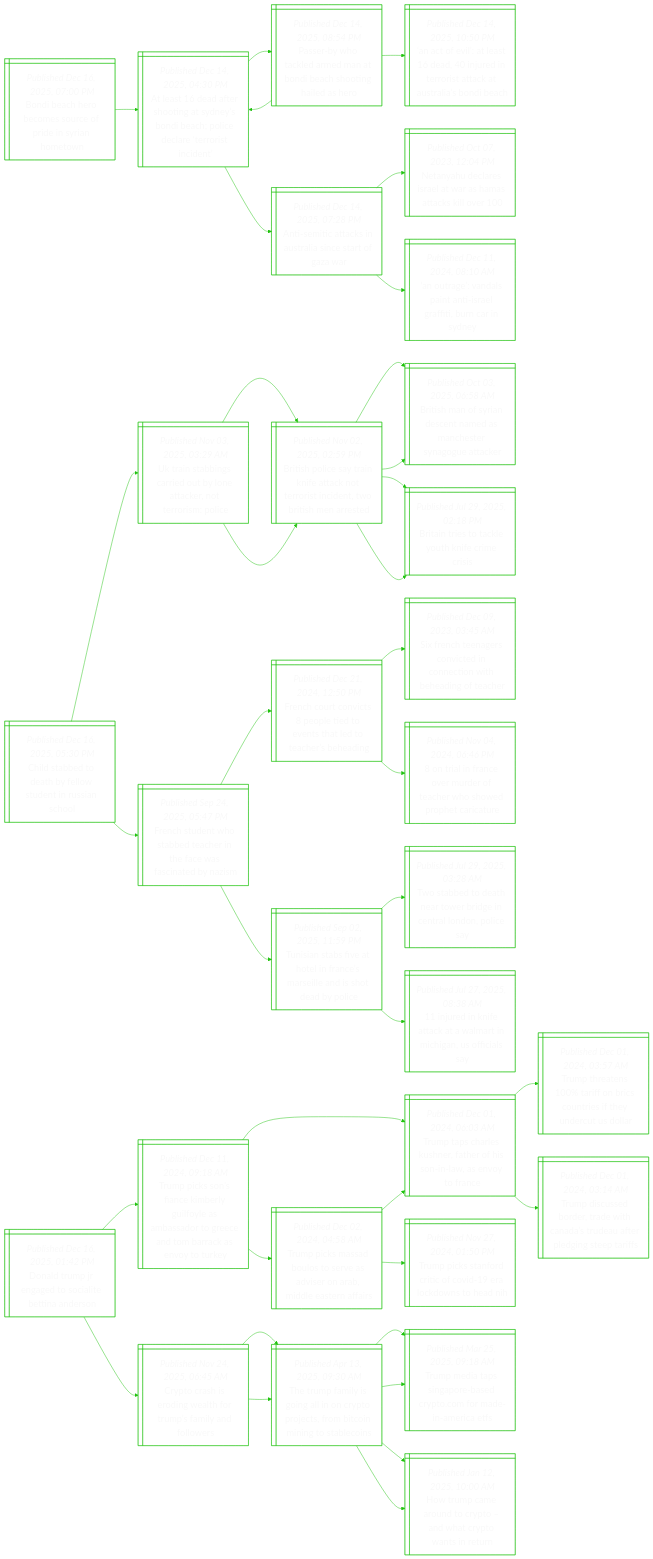
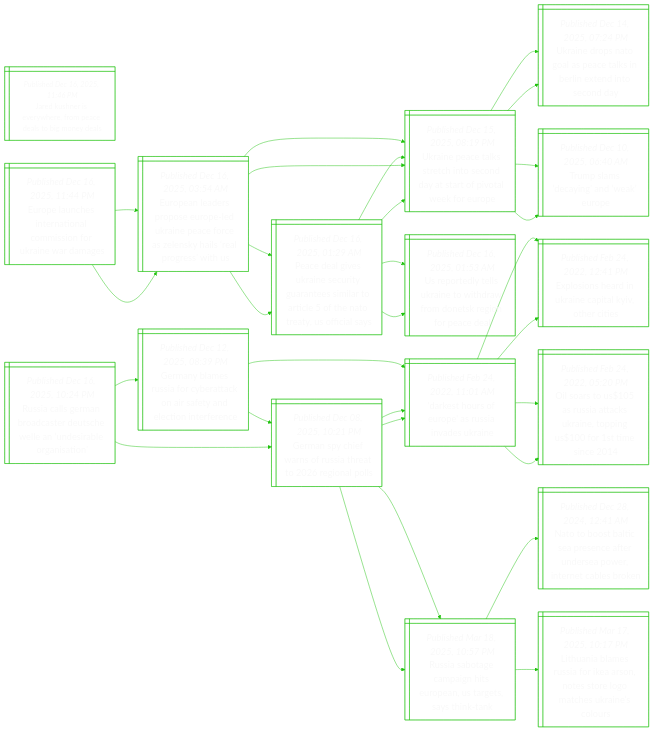
Before and after one commit to notJmes/notJmes: the diagram in README.md, drawn with Mermaid. The commit also changed other lines of this file, not shown here.

````diff
--- a/README.md
+++ b/README.md
@@ -16,121 +16,100 @@
 flowchart LR
 classDef txtsize font-size:20px;
 
-BBhescrnae@{ shape: win-pane, label: "_Published Dec 16, 2025, 07:00 PM_
-Bondi beach hero becomes source of pride in syrian hometown" }
-Asdrttenaleeoie@{ shape: win-pane, label: "_Published Dec 14, 2025, 04:30 PM_
-At least 16 dead after shooting at sydney’s bondi beach; police declare ‘terrorist incident’" }
-Prolmnnaogee@{ shape: win-pane, label: "_Published Dec 14, 2025, 08:54 PM_
-Passer-by who tackled armed man at bondi beach shooting hailed as hero" }
-Asdrttenaleeoie@{ shape: win-pane, label: "_Published Dec 14, 2025, 04:30 PM_
-At least 16 dead after shooting at sydney’s bondi beach; police declare ‘terrorist incident’" }
-Aolaaunoaksina@{ shape: win-pane, label: "_Published Dec 14, 2025, 10:50 PM_
-‘an act of evil’: at least 16 dead, 40 injured in terrorist attack at australia’s bondi beach" }
-AeccAaitfw@{ shape: win-pane, label: "_Published Dec 14, 2025, 07:28 PM_
-Anti-semitic attacks in australia since start of gaza war" }
-NyeeawHakl@{ shape: win-pane, label: "_Published Oct 07, 2023, 12:04 PM_
-Netanyahu declares israel at war as hamas attacks kill over 100" }
-ArastIlfurd@{ shape: win-pane, label: "_Published Dec 11, 2024, 08:10 AM_
-‘an outrage’: vandals paint anti-israel graffiti, burn car in sydney" }
+JKevhraabna@{ shape: win-pane, label: "_Published Dec 16, 2025, 11:46 PM_
+Jared kushner is everywhere, from peace deals to big money deals" }
 
-BBhescrnae:::txtsize --> Asdrttenaleeoie:::txtsize
-Asdrttenaleeoie:::txtsize --> Prolmnnaogee:::txtsize
-Prolmnnaogee:::txtsize --> Asdrttenaleeoie:::txtsize
-Prolmnnaogee:::txtsize --> Aolaaunoaksina:::txtsize
-Asdrttenaleeoie:::txtsize --> AeccAaitfw:::txtsize
-AeccAaitfw:::txtsize --> NyeeawHakl:::txtsize
-AeccAaitfw:::txtsize --> ArastIlfurd:::txtsize
 
-Cseeyodnih@{ shape: win-pane, label: "_Published Dec 16, 2025, 05:30 PM_
-Child stabbed to death by fellow student in russian school" }
-Uibsitnanrsi@{ shape: win-pane, label: "_Published Nov 03, 2025, 03:29 AM_
-Uk train stabbings carried out by lone attacker, not terrorism: police" }
-BsiynectrnnBsat@{ shape: win-pane, label: "_Published Nov 02, 2025, 02:59 PM_
-British police say train knife attack not terrorist incident, two british men arrested" }
-Bsoisnaceaec@{ shape: win-pane, label: "_Published Oct 03, 2025, 06:58 AM_
-British man of syrian descent named as manchester synagogue attacker" }
-Bieaykccs@{ shape: win-pane, label: "_Published Jul 29, 2025, 02:18 PM_
-Britain tries to tackle youth knife crime crisis" }
-BsiynectrnnBsat@{ shape: win-pane, label: "_Published Nov 02, 2025, 02:59 PM_
-British police say train knife attack not terrorist incident, two british men arrested" }
-Bsoisnaceaec@{ shape: win-pane, label: "_Published Oct 03, 2025, 06:58 AM_
-British man of syrian descent named as manchester synagogue attacker" }
-Bieaykccs@{ shape: win-pane, label: "_Published Jul 29, 2025, 02:18 PM_
-Britain tries to tackle youth knife crime crisis" }
-Fheobaifacea@{ shape: win-pane, label: "_Published Sep 24, 2025, 05:47 PM_
-French student who stabbed teacher in the face was fascinated by nazism" }
-Fhtietottohei@{ shape: win-pane, label: "_Published Dec 21, 2024, 12:50 PM_
-French court convicts 8 people tied to events that led to teacher’s beheading" }
-Seeeneotihner@{ shape: win-pane, label: "_Published Dec 09, 2023, 03:45 AM_
-Six french teenagers convicted in connection with beheading of teacher" }
-oarouochwoca@{ shape: win-pane, label: "_Published Nov 04, 2024, 06:46 PM_
-8 on trial in france over murder of teacher who showed prophet caricature" }
-Tiavoncrlitbi@{ shape: win-pane, label: "_Published Sep 02, 2025, 11:59 PM_
-Tunisian stabs five at hotel in france’s marseille and is shot dead by police" }
-Tattrrgeloiy@{ shape: win-pane, label: "_Published Jul 29, 2025, 03:28 AM_
-Two stabbed to death near tower bridge in central london, police say" }
-ientalihUis@{ shape: win-pane, label: "_Published Jul 27, 2025, 08:38 AM_
-11 injured in knife attack at a walmart in michigan, us officials say" }
+EecnaamoUnde@{ shape: win-pane, label: "_Published Dec 16, 2025, 11:44 PM_
+Europe launches international commission for ukraine war damages" }
+EeapsodiarZsiagwS@{ shape: win-pane, label: "_Published Dec 16, 2025, 03:54 AM_
+European leaders propose europe-led ukraine peace force as zelensky hails ‘real progress’ with us" }
+UnckencatfteEe@{ shape: win-pane, label: "_Published Dec 15, 2025, 08:19 PM_
+Ukraine peace talks stretch into second day at start of pivotal week for europe" }
+UnpOackeedsd@{ shape: win-pane, label: "_Published Dec 14, 2025, 07:24 PM_
+Ukraine drops nato goal as peace talks in berlin extend into second day" }
+TsdidEe@{ shape: win-pane, label: "_Published Dec 10, 2025, 06:40 AM_
+Trump slams ‘decaying’ and ‘weak’ europe" }
+PdikerutirtoNrUis@{ shape: win-pane, label: "_Published Dec 16, 2025, 01:29 AM_
+Peace deal gives ukraine security guarantees similar to article 5 of the nato treaty, us official says" }
+UnckencatfteEe@{ shape: win-pane, label: "_Published Dec 15, 2025, 08:19 PM_
+Ukraine peace talks stretch into second day at start of pivotal week for europe" }
+Uollaodrnrnee@{ shape: win-pane, label: "_Published Dec 16, 2025, 01:53 AM_
+Us reportedly tells ukraine to withdraw from donetsk region for peace deal" }
+EeapsodiarZsiagwS@{ shape: win-pane, label: "_Published Dec 16, 2025, 03:54 AM_
+European leaders propose europe-led ukraine peace force as zelensky hails ‘real progress’ with us" }
+UnckencatfteEe@{ shape: win-pane, label: "_Published Dec 15, 2025, 08:19 PM_
+Ukraine peace talks stretch into second day at start of pivotal week for europe" }
+UnpOackeedsd@{ shape: win-pane, label: "_Published Dec 14, 2025, 07:24 PM_
+Ukraine drops nato goal as peace talks in berlin extend into second day" }
+TsdidEe@{ shape: win-pane, label: "_Published Dec 10, 2025, 06:40 AM_
+Trump slams ‘decaying’ and ‘weak’ europe" }
+PdikerutirtoNrUis@{ shape: win-pane, label: "_Published Dec 16, 2025, 01:29 AM_
+Peace deal gives ukraine security guarantees similar to article 5 of the nato treaty, us official says" }
+UnckencatfteEe@{ shape: win-pane, label: "_Published Dec 15, 2025, 08:19 PM_
+Ukraine peace talks stretch into second day at start of pivotal week for europe" }
+Uollaodrnrnee@{ shape: win-pane, label: "_Published Dec 16, 2025, 01:53 AM_
+Us reportedly tells ukraine to withdraw from donetsk region for peace deal" }
 
-Cseeyodnih:::txtsize --> Uibsitnanrsi:::txtsize
-Uibsitnanrsi:::txtsize --> BsiynectrnnBsat:::txtsize
-BsiynectrnnBsat:::txtsize --> Bsoisnaceaec:::txtsize
-BsiynectrnnBsat:::txtsize --> Bieaykccs:::txtsize
-Uibsitnanrsi:::txtsize --> BsiynectrnnBsat:::txtsize
-BsiynectrnnBsat:::txtsize --> Bsoisnaceaec:::txtsize
-BsiynectrnnBsat:::txtsize --> Bieaykccs:::txtsize
-Cseeyodnih:::txtsize --> Fheobaifacea:::txtsize
-Fheobaifacea:::txtsize --> Fhtietottohei:::txtsize
-Fhtietottohei:::txtsize --> Seeeneotihner:::txtsize
-Fhtietottohei:::txtsize --> oarouochwoca:::txtsize
-Fheobaifacea:::txtsize --> Tiavoncrlitbi:::txtsize
-Tiavoncrlitbi:::txtsize --> Tattrrgeloiy:::txtsize
-Tiavoncrlitbi:::txtsize --> ientalihUis:::txtsize
+EecnaamoUnde:::txtsize --> EeapsodiarZsiagwS:::txtsize
+EeapsodiarZsiagwS:::txtsize --> UnckencatfteEe:::txtsize
+UnckencatfteEe:::txtsize --> UnpOackeedsd:::txtsize
+UnckencatfteEe:::txtsize --> TsdidEe:::txtsize
+EeapsodiarZsiagwS:::txtsize --> PdikerutirtoNrUis:::txtsize
+PdikerutirtoNrUis:::txtsize --> UnckencatfteEe:::txtsize
+PdikerutirtoNrUis:::txtsize --> Uollaodrnrnee:::txtsize
+EecnaamoUnde:::txtsize --> EeapsodiarZsiagwS:::txtsize
+EeapsodiarZsiagwS:::txtsize --> UnckencatfteEe:::txtsize
+UnckencatfteEe:::txtsize --> UnpOackeedsd:::txtsize
+UnckencatfteEe:::txtsize --> TsdidEe:::txtsize
+EeapsodiarZsiagwS:::txtsize --> PdikerutirtoNrUis:::txtsize
+PdikerutirtoNrUis:::txtsize --> UnckencatfteEe:::txtsize
+PdikerutirtoNrUis:::txtsize --> Uollaodrnrnee:::txtsize
 
-Ddpgtieidn@{ shape: win-pane, label: "_Published Dec 16, 2025, 01:42 PM_
-Donald trump jr engaged to socialite bettina anderson" }
-TpsiKrilmaocTraou@{ shape: win-pane, label: "_Published Dec 11, 2024, 09:18 AM_
-Trump picks son’s fiance kimberly guilfoyle as ambassador to greece and tom barrack as envoy to turkey" }
-Tthsntfoanoc@{ shape: win-pane, label: "_Published Dec 01, 2024, 06:03 AM_
-Trump taps charles kushner, father of his son-in-law, as envoy to france" }
-TttaocnseeUl@{ shape: win-pane, label: "_Published Dec 01, 2024, 03:57 AM_
-Trump threatens 100% tariff on brics countries if they undercut us dollar" }
-Tdsotwasetegpf@{ shape: win-pane, label: "_Published Dec 01, 2024, 03:14 AM_
-Trump discussed border, trade with canada’s trudeau after pledging steep tariffs" }
-TpMdoessAiEra@{ shape: win-pane, label: "_Published Dec 02, 2024, 04:58 AM_
-Trump picks massad boulos to serve as adviser on arab, middle eastern affairs" }
-Tthsntfoanoc@{ shape: win-pane, label: "_Published Dec 01, 2024, 06:03 AM_
-Trump taps charles kushner, father of his son-in-law, as envoy to france" }
-TpSoifdowhI@{ shape: win-pane, label: "_Published Nov 27, 2024, 01:50 PM_
-Trump picks stanford critic of covid-19 era lockdowns to head nih" }
-Cohowhrfyoe@{ shape: win-pane, label: "_Published Nov 24, 2025, 06:45 AM_
-Crypto crash is eroding wealth for trump’s family and followers" }
-Tumsgnyrtmonoln@{ shape: win-pane, label: "_Published Apr 13, 2025, 09:30 AM_
-The trump family is going all in on crypto projects, from bitcoin mining to stablecoins" }
-TMtiosyoMniF@{ shape: win-pane, label: "_Published Mar 25, 2025, 09:18 AM_
-Trump media taps singapore-based crypto.com for made-in-america etfs" }
-Humucohyanr@{ shape: win-pane, label: "_Published Jan 12, 2025, 10:00 AM_
-How trump came around to crypto – and what crypto wants in return" }
-Tumsgnyrtmonoln@{ shape: win-pane, label: "_Published Apr 13, 2025, 09:30 AM_
-The trump family is going all in on crypto projects, from bitcoin mining to stablecoins" }
-TMtiosyoMniF@{ shape: win-pane, label: "_Published Mar 25, 2025, 09:18 AM_
-Trump media taps singapore-based crypto.com for made-in-america etfs" }
-Humucohyanr@{ shape: win-pane, label: "_Published Jan 12, 2025, 10:00 AM_
-How trump came around to crypto – and what crypto wants in return" }
+Rasaatueedarsn@{ shape: win-pane, label: "_Published Dec 16, 2025, 10:24 PM_
+Russia calls german broadcaster deutsche welle an ‘undesirable organisation’" }
+Gnmsoeaafncifc@{ shape: win-pane, label: "_Published Dec 12, 2025, 08:39 PM_
+Germany blames russia for cyberattack on air safety and election interference" }
+DsruasvUn@{ shape: win-pane, label: "_Published Feb 24, 2022, 11:01 AM_
+'darkest hours of europe' as russia invades ukraine" }
+Eshiaalocs@{ shape: win-pane, label: "_Published Feb 24, 2022, 12:41 PM_
+Explosions heard in ukraine capital kyiv, other cities" }
+OaUuakaogrmc@{ shape: win-pane, label: "_Published Feb 24, 2022, 05:20 PM_
+Oil soars to us$105 as russia attacks ukraine, topping us$100 for 1st time since 2014" }
+Gnhafiernl@{ shape: win-pane, label: "_Published Dec 08, 2025, 10:21 PM_
+German spy chief warns of russia threat to 2026 regional polls" }
+DsruasvUn@{ shape: win-pane, label: "_Published Feb 24, 2022, 11:01 AM_
+'darkest hours of europe' as russia invades ukraine" }
+RatagspSeynk@{ shape: win-pane, label: "_Published Mar 18, 2025, 10:57 PM_
+Russia sabotage campaign hits european, us targets, says think-tank" }
+Gnhafiernl@{ shape: win-pane, label: "_Published Dec 08, 2025, 10:21 PM_
+German spy chief warns of russia threat to 2026 regional polls" }
+DsruasvUn@{ shape: win-pane, label: "_Published Feb 24, 2022, 11:01 AM_
+'darkest hours of europe' as russia invades ukraine" }
+Eshiaalocs@{ shape: win-pane, label: "_Published Feb 24, 2022, 12:41 PM_
+Explosions heard in ukraine capital kyiv, other cities" }
+OaUuakaogrmc@{ shape: win-pane, label: "_Published Feb 24, 2022, 05:20 PM_
+Oil soars to us$105 as russia attacks ukraine, topping us$100 for 1st time since 2014" }
+RatagspSeynk@{ shape: win-pane, label: "_Published Mar 18, 2025, 10:57 PM_
+Russia sabotage campaign hits european, us targets, says think-tank" }
+Notipntdarrabn@{ shape: win-pane, label: "_Published Dec 28, 2024, 12:41 AM_
+Nato to boost baltic sea presence after undersea power, internet cables broken" }
+LalRaKstogckeo@{ shape: win-pane, label: "_Published Mar 17, 2025, 10:17 PM_
+Lithuania blames russia for ikea arson, notes store logo matches ukraine’s colours" }
 
-Ddpgtieidn:::txtsize --> TpsiKrilmaocTraou:::txtsize
-TpsiKrilmaocTraou:::txtsize --> Tthsntfoanoc:::txtsize
-Tthsntfoanoc:::txtsize --> TttaocnseeUl:::txtsize
-Tthsntfoanoc:::txtsize --> Tdsotwasetegpf:::txtsize
-TpsiKrilmaocTraou:::txtsize --> TpMdoessAiEra:::txtsize
-TpMdoessAiEra:::txtsize --> Tthsntfoanoc:::txtsize
-TpMdoessAiEra:::txtsize --> TpSoifdowhI:::txtsize
-Ddpgtieidn:::txtsize --> Cohowhrfyoe:::txtsize
-Cohowhrfyoe:::txtsize --> Tumsgnyrtmonoln:::txtsize
-Tumsgnyrtmonoln:::txtsize --> TMtiosyoMniF:::txtsize
-Tumsgnyrtmonoln:::txtsize --> Humucohyanr:::txtsize
-Cohowhrfyoe:::txtsize --> Tumsgnyrtmonoln:::txtsize
-Tumsgnyrtmonoln:::txtsize --> TMtiosyoMniF:::txtsize
-Tumsgnyrtmonoln:::txtsize --> Humucohyanr:::txtsize
+Rasaatueedarsn:::txtsize --> Gnmsoeaafncifc:::txtsize
+Gnmsoeaafncifc:::txtsize --> DsruasvUn:::txtsize
+DsruasvUn:::txtsize --> Eshiaalocs:::txtsize
+DsruasvUn:::txtsize --> OaUuakaogrmc:::txtsize
+Gnmsoeaafncifc:::txtsize --> Gnhafiernl:::txtsize
+Gnhafiernl:::txtsize --> DsruasvUn:::txtsize
+Gnhafiernl:::txtsize --> RatagspSeynk:::txtsize
+Rasaatueedarsn:::txtsize --> Gnhafiernl:::txtsize
+Gnhafiernl:::txtsize --> DsruasvUn:::txtsize
+DsruasvUn:::txtsize --> Eshiaalocs:::txtsize
+DsruasvUn:::txtsize --> OaUuakaogrmc:::txtsize
+Gnhafiernl:::txtsize --> RatagspSeynk:::txtsize
+RatagspSeynk:::txtsize --> Notipntdarrabn:::txtsize
+RatagspSeynk:::txtsize --> LalRaKstogckeo:::txtsize
 
 ```
````
